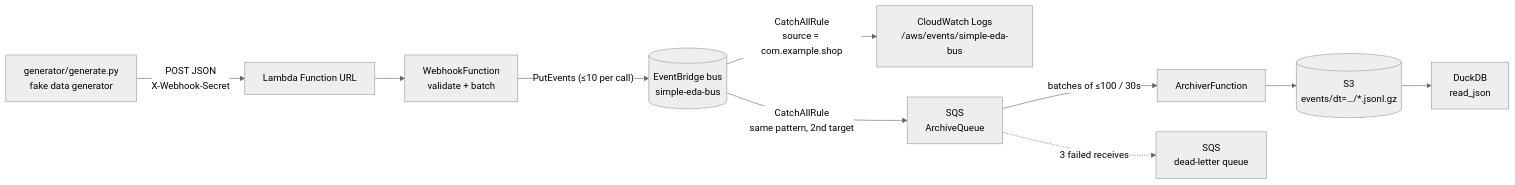
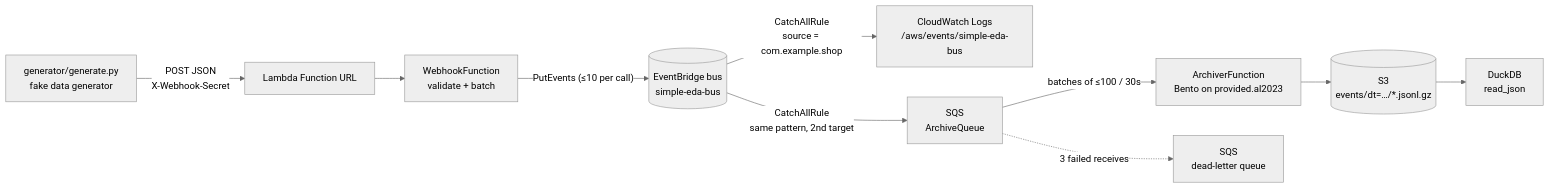
The diagram in README.md (dataGriff/aws.eda.simple), drawn with Mermaid (neutral theme) before and after one commit. The commit also changed other lines of this file and 16 other files, not shown here.

````diff
--- a/README.md
+++ b/README.md
@@ -12,12 +12,12 @@
 ```mermaid
 flowchart LR
     G[generator/generate.py<br/>fake data generator] -- "POST JSON<br/>X-Webhook-Secret" --> U[Lambda Function URL]
     U --> L[WebhookFunction<br/>validate + batch]
     L -- "PutEvents (≤10 per call)" --> B[(EventBridge bus<br/>simple-eda-bus)]
     B -- "CatchAllRule<br/>source = com.example.shop" --> C[CloudWatch Logs<br/>/aws/events/simple-eda-bus]
     B -- "CatchAllRule<br/>same pattern, 2nd target" --> Q[SQS<br/>ArchiveQueue]
-    Q -- "batches of ≤100 / 30s" --> A[ArchiverFunction]
+    Q -- "batches of ≤100 / 30s" --> A[ArchiverFunction<br/>Bento on provided.al2023]
     A --> S[(S3<br/>events/dt=…/*.jsonl.gz)]
     S --> D[DuckDB<br/>read_json]
     Q -. "3 failed receives" .-> X[SQS<br/>dead-letter queue]
 ```
````
